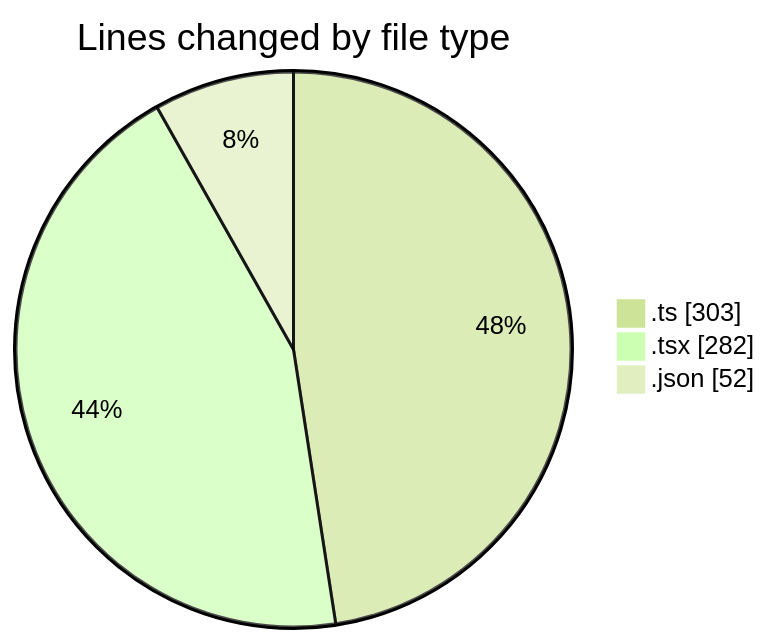
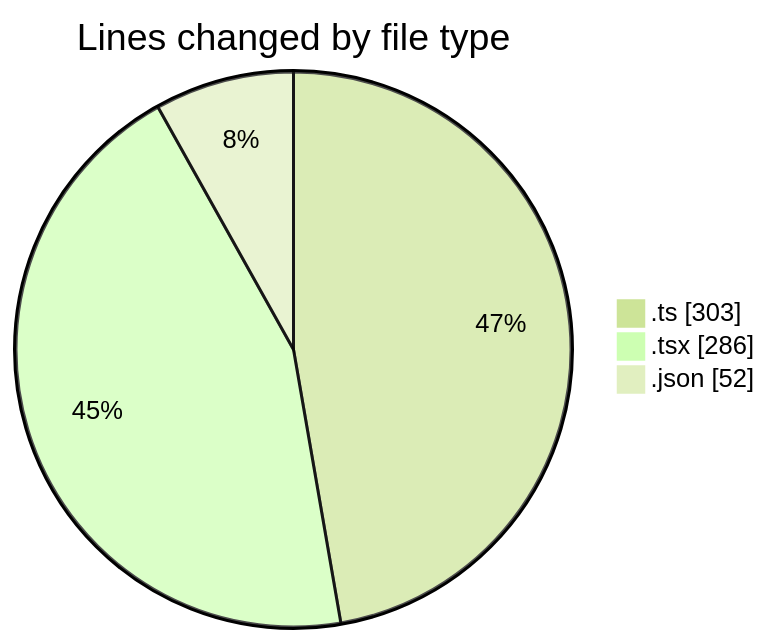
One commit to julien-gomy/code-tracking changed the first of 2 diagrams in 2025-11-24/eventscop-frontend-guide__workspace_/README.md. Above: the diagram before and after it, drawn with Mermaid (forest theme). The commit also changed other lines of this file and 1 other file, not shown here.

````diff
--- a/2025-11-24/eventscop-frontend-guide__workspace_/README.md
+++ b/2025-11-24/eventscop-frontend-guide__workspace_/README.md
@@ -29,7 +30,7 @@
 ```mermaid
 pie showData
 title Lines changed by file type
 ".ts" : 303
-".tsx" : 282
+".tsx" : 286
 ".json" : 52
 ```
````
